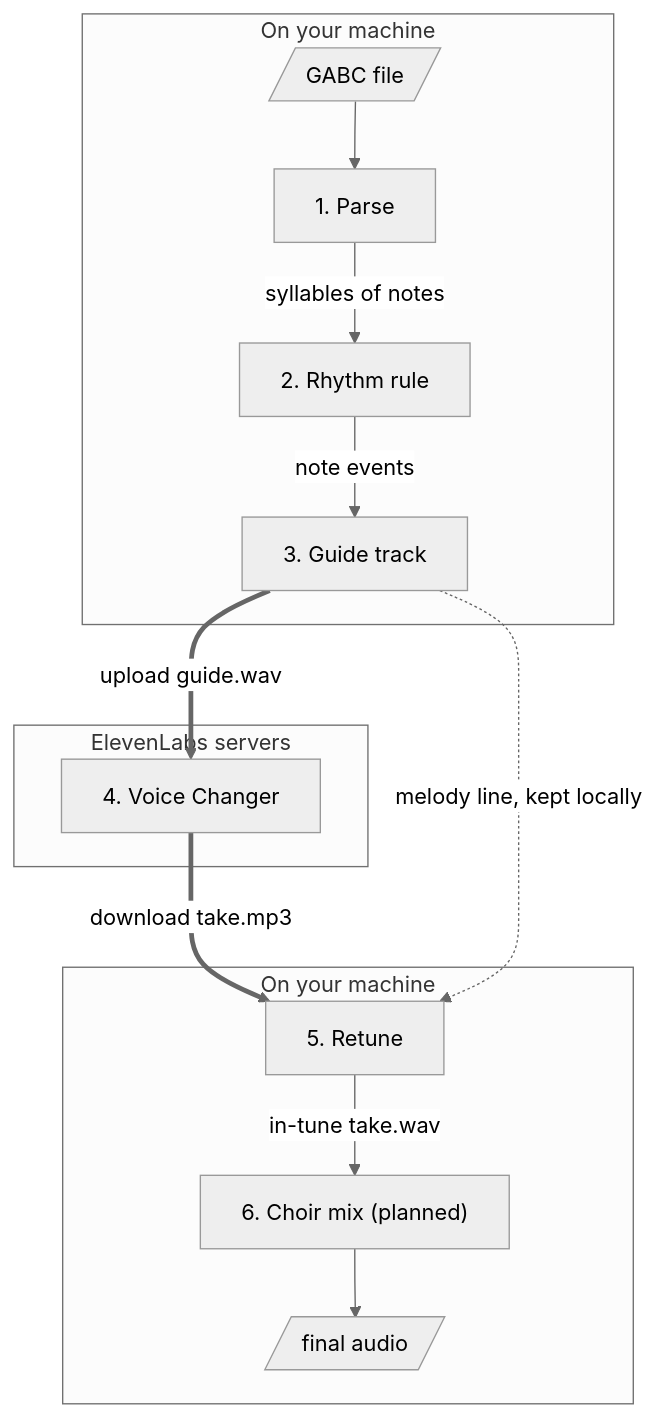
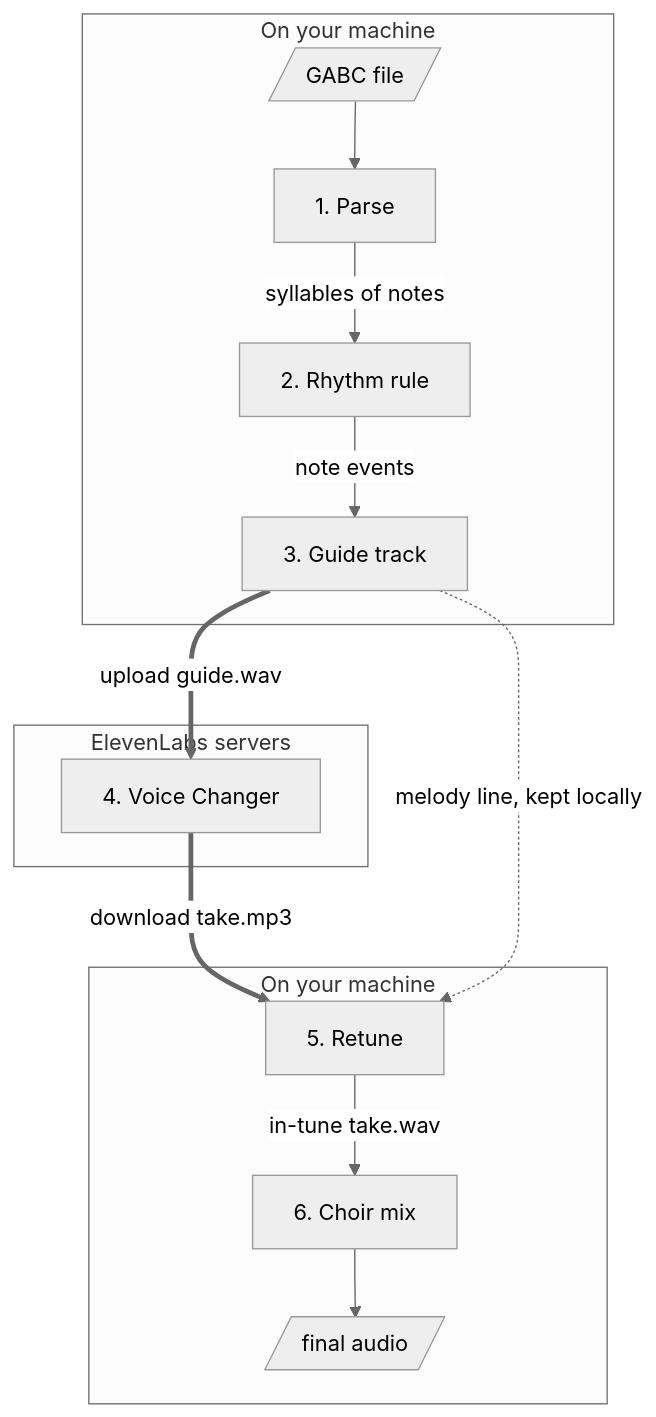
Before and after one commit to mkondratek/neuma: the diagram in docs/design.md, drawn with Mermaid (neutral theme). The commit also changed other lines of this file and 1 other file, not shown here.

Commit message:
Document the choir step and the corrected credit cost

````diff
--- a/docs/design.md
+++ b/docs/design.md
@@ -11,18 +11,18 @@
 ```mermaid
 flowchart TD
     subgraph before["On your machine"]
         gabc[/"GABC file"/] --> parse["1. Parse"]
         parse -->|"syllables of notes"| rhythm["2. Rhythm rule"]
         rhythm -->|"note events"| guide["3. Guide track"]
     end
     subgraph el["ElevenLabs servers"]
         vc["4. Voice Changer"]
     end
     subgraph after["On your machine"]
-        retune["5. Retune"] -->|"in-tune take.wav"| mix["6. Choir mix (planned)"]
+        retune["5. Retune"] -->|"in-tune take.wav"| mix["6. Choir mix"]
         mix --> out[/"final audio"/]
     end
     guide ==>|"upload guide.wav"| vc
     vc ==>|"download take.mp3"| retune
     guide -.->|"melody line, kept locally"| retune
 ```
````
